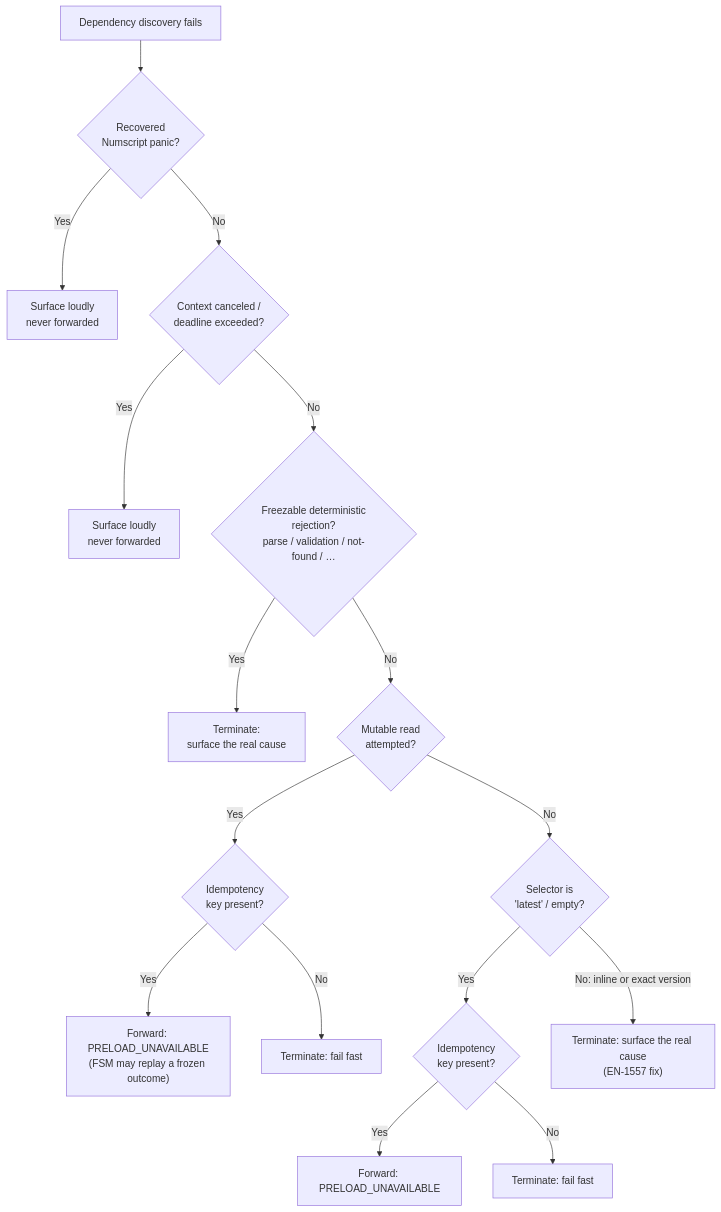
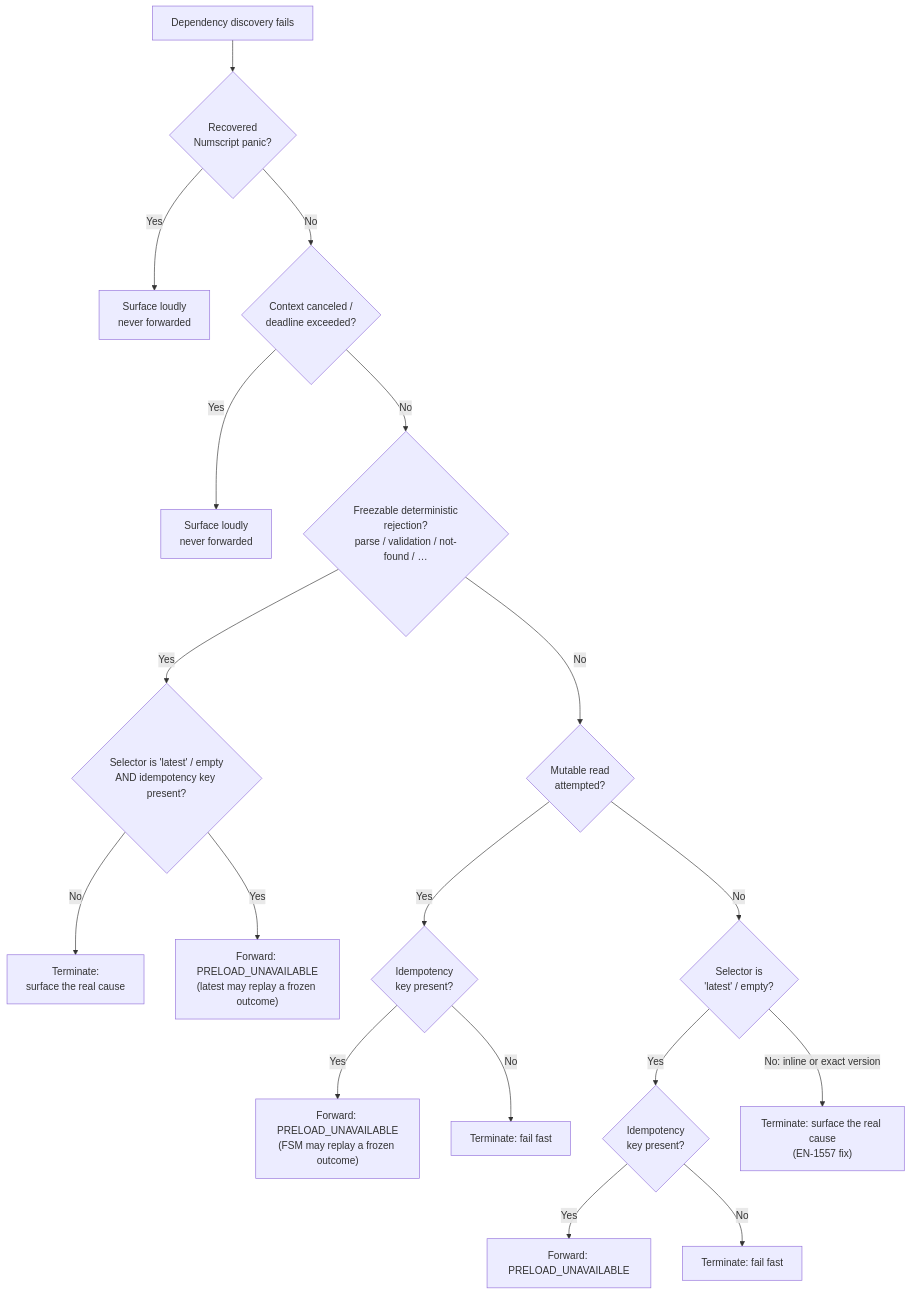
The second of 2 diagrams in docs/technical/architecture/subsystems/admission/idempotency.md (formancehq/ledger), drawn with Mermaid before and after one commit. The commit also changed other lines of this file, not shown here.

Commit message:
docs(EN-1557): reflect latest-ref freezable replay carve-out in flow

````diff
--- a/docs/technical/architecture/subsystems/admission/idempotency.md
+++ b/docs/technical/architecture/subsystems/admission/idempotency.md
@@ -77,18 +77,20 @@
 ```mermaid
 flowchart TD
     FAIL[Dependency discovery fails] --> PANIC{Recovered<br/>Numscript panic?}
     PANIC -->|Yes| LOUD1[Surface loudly<br/>never forwarded]
     PANIC -->|No| CANCEL{Context canceled /<br/>deadline exceeded?}
     CANCEL -->|Yes| LOUD2[Surface loudly<br/>never forwarded]
     CANCEL -->|No| FREEZE{Freezable deterministic<br/>rejection?<br/>parse / validation / not-found / …}
-    FREEZE -->|Yes| TERM1[Terminate:<br/>surface the real cause]
+    FREEZE -->|Yes| FRZLATEST{Selector is 'latest' / empty<br/>AND idempotency key present?}
+    FRZLATEST -->|No| TERM1[Terminate:<br/>surface the real cause]
+    FRZLATEST -->|Yes| FWD3["Forward: PRELOAD_UNAVAILABLE<br/>(latest may replay a frozen outcome)"]
     FREEZE -->|No| READ{Mutable read<br/>attempted?}
     READ -->|Yes| KEY1{Idempotency<br/>key present?}
     KEY1 -->|Yes| FWD1["Forward: PRELOAD_UNAVAILABLE<br/>(FSM may replay a frozen outcome)"]
     KEY1 -->|No| TERM2[Terminate: fail fast]
     READ -->|No| LATEST{Selector is<br/>'latest' / empty?}
     LATEST -->|Yes| KEY2{Idempotency<br/>key present?}
     KEY2 -->|Yes| FWD2[Forward: PRELOAD_UNAVAILABLE]
     KEY2 -->|No| TERM3[Terminate: fail fast]
     LATEST -->|No: inline or exact version| TERM4["Terminate: surface the real cause<br/>(EN-1557 fix)"]
 ```
````
